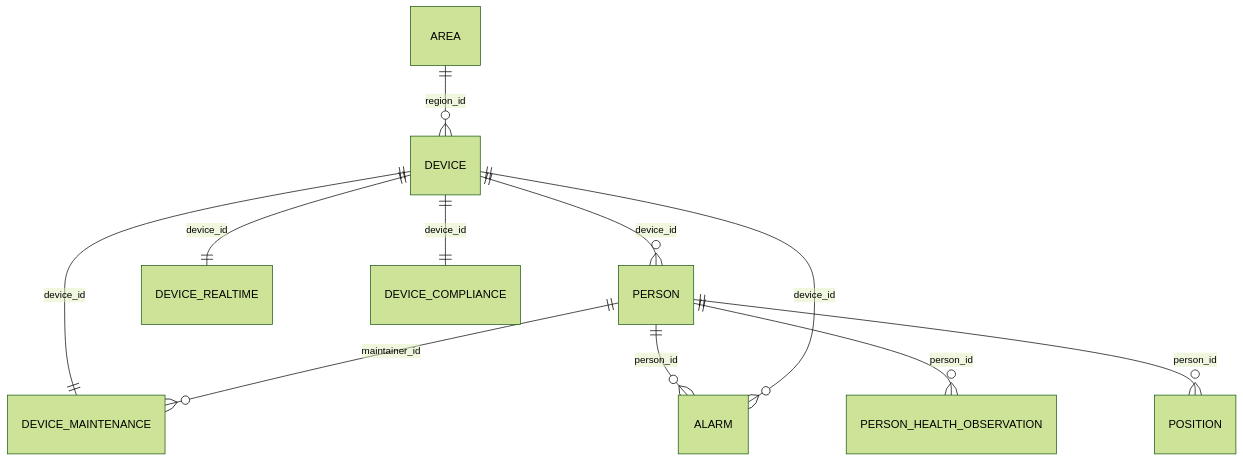
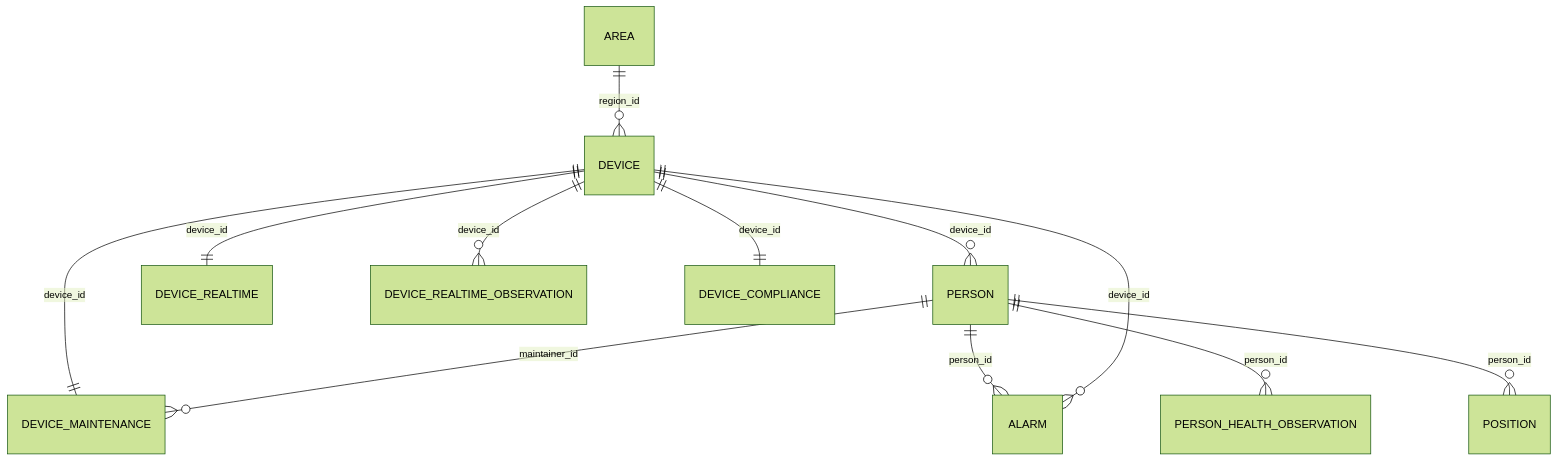
Before and after one commit to AlexDreemurr/PetroShield: the diagram in docs/for-ai/database-schema.md, drawn with Mermaid (forest theme). The commit also changed other lines of this file and 10 other files, not shown here.

````diff
--- a/docs/for-ai/database-schema.md
+++ b/docs/for-ai/database-schema.md
@@ -29,13 +31,14 @@
 ```mermaid
 erDiagram
   AREA ||--o{ DEVICE : "region_id"
   DEVICE ||--o{ PERSON : "device_id"
   DEVICE ||--|| DEVICE_REALTIME : "device_id"
+  DEVICE ||--o{ DEVICE_REALTIME_OBSERVATION : "device_id"
   DEVICE ||--|| DEVICE_MAINTENANCE : "device_id"
   DEVICE ||--|| DEVICE_COMPLIANCE : "device_id"
   PERSON ||--o{ DEVICE_MAINTENANCE : "maintainer_id"
   PERSON ||--o{ ALARM : "person_id"
   PERSON ||--o{ PERSON_HEALTH_OBSERVATION : "person_id"
   DEVICE ||--o{ ALARM : "device_id"
   PERSON ||--o{ POSITION : "person_id"
 ```
````
